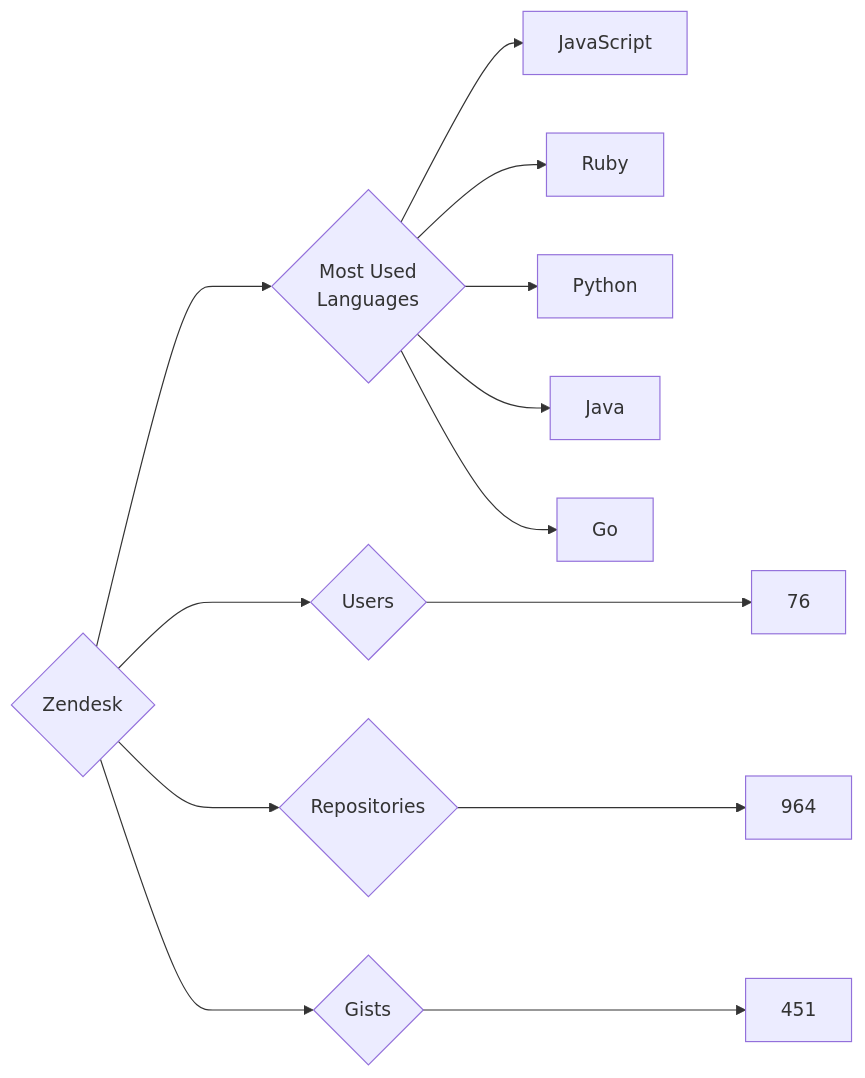
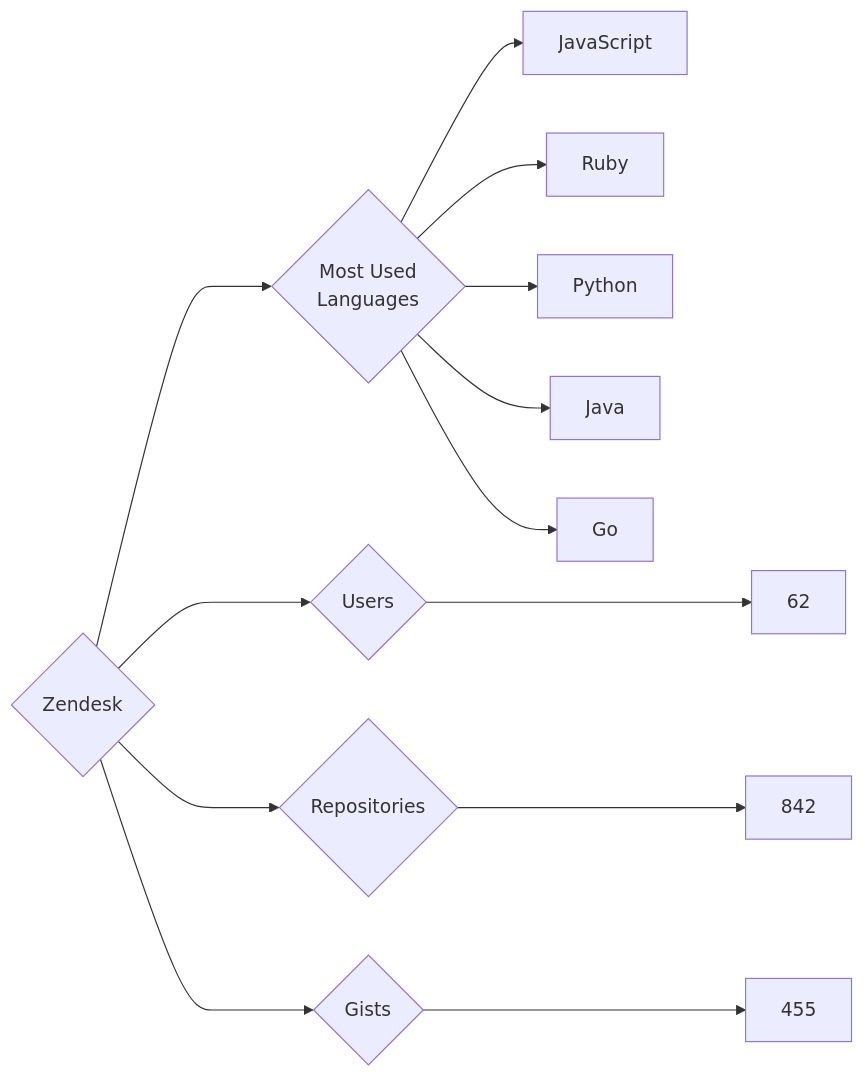
The diagram in targets/Zendesk/README.md (trickest/insiders), drawn with Mermaid before and after one commit. The commit also changed 814 other files, not shown here.

````diff
--- a/targets/Zendesk/README.md
+++ b/targets/Zendesk/README.md
@@ -3,13 +3,13 @@
 ```mermaid
 graph LR
 COMPANY_NAME{Zendesk}
-COMPANY_NAME ---> U{Users} ---> UN[76]
-COMPANY_NAME ---> R{Repositories} ---> RN[964]
-COMPANY_NAME ---> G{Gists} ---> GN[451]
+COMPANY_NAME ---> U{Users} ---> UN[62]
+COMPANY_NAME ---> R{Repositories} ---> RN[842]
+COMPANY_NAME ---> G{Gists} ---> GN[455]
 COMPANY_NAME ---> ML{Most Used<br>Languages}
 ML --> JavaScript[JavaScript]
 ML --> Ruby[Ruby]
 ML --> Python[Python]
 ML --> Java[Java]
 ML --> Go[Go]
 ```
````
